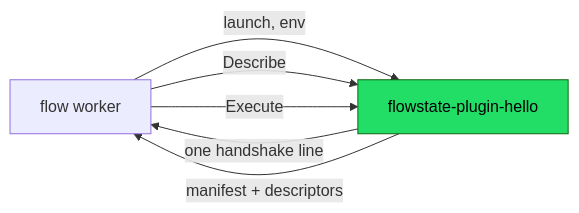
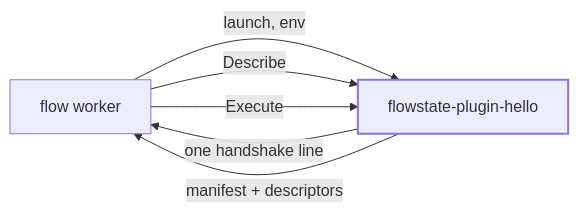
Before and after one commit to picatz/flowstate: the diagram in docs/PLUGINS.md, drawn with Mermaid. The commit also changed other lines of this file, not shown here.

First line of the commit message:
docs: house-style mermaid, and name the two builds the comparisons use

````diff
--- a/docs/PLUGINS.md
+++ b/docs/PLUGINS.md
@@ -37,10 +37,10 @@
 ```mermaid
 flowchart LR
   W[flow worker] -->|launch, env| P[flowstate-plugin-hello]
   P -->|one handshake line| W
   W -->|Describe| P
   P -->|manifest + descriptors| W
   W -->|Execute| P
-  classDef you fill:#2d6,stroke:#161,color:#000
-  class P you
+  classDef yours stroke-width:2px;
+  class P yours
 ```
````
